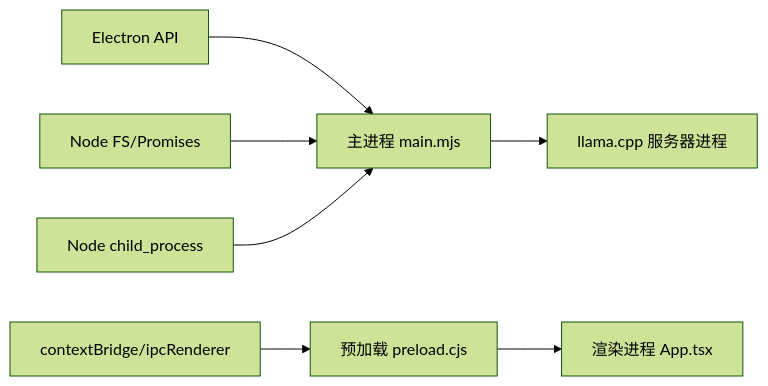
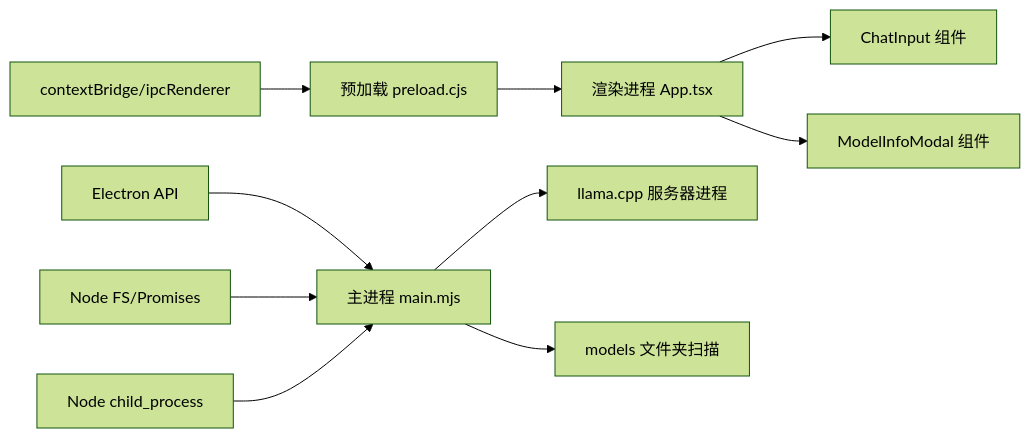
One commit to linkin770/illama-cpp-desktop changed the seventh of 7 diagrams in .qoder/repowiki/zh/content/架构设计/进程架构设计.md. Above: the diagram before and after it, drawn with Mermaid (forest theme). The commit also changed other lines of this file and 23 other files, not shown here.

````diff
--- a/.qoder/repowiki/zh/content/架构设计/进程架构设计.md
+++ b/.qoder/repowiki/zh/content/架构设计/进程架构设计.md
@@ -259,9 +333,12 @@
 ```mermaid
 graph LR
 Electron["Electron API"] --> Main["主进程 main.mjs"]
 NodeFS["Node FS/Promises"] --> Main
 ChildProc["Node child_process"] --> Main
 ContextBridge["contextBridge/ipcRenderer"] --> Preload["预加载 preload.cjs"]
 Preload --> Renderer["渲染进程 App.tsx"]
 Main --> Llama["llama.cpp 服务器进程"]
+Main --> Models["models 文件夹扫描"]
+Renderer --> ChatInput["ChatInput 组件"]
+Renderer --> ModelInfo["ModelInfoModal 组件"]
 ```
````
